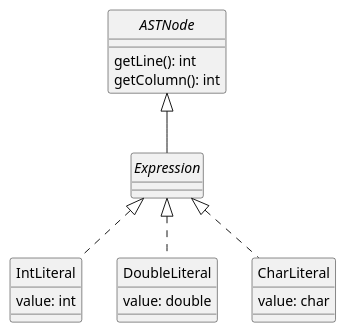
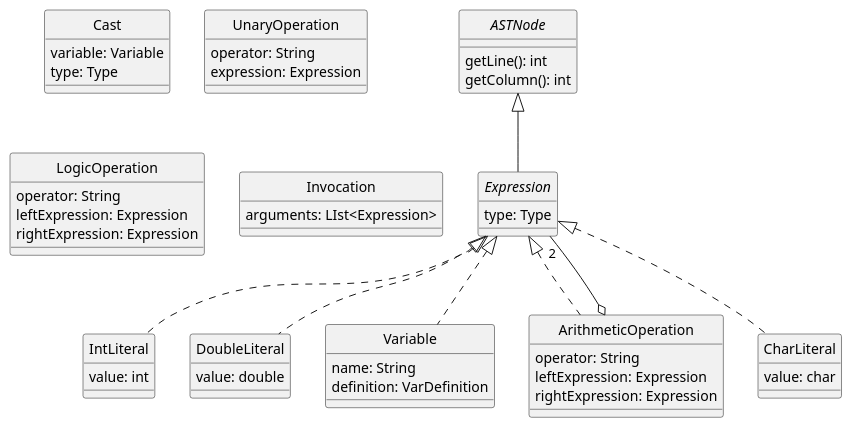
The diagram in docs/diagrams/expressions.plantuml (DavidGonzalezFernandez/dlp-compiler), drawn with PlantUML before and after one commit. The commit also changed 3 other files, not shown here.

```diff
--- a/docs/diagrams/expressions.plantuml
+++ b/docs/diagrams/expressions.plantuml
@@ -1,30 +1,67 @@
 @startuml Expressions
 skinparam style strictuml
 skinparam monochrome true
 
 
 interface ASTNode {
     getLine(): int
     getColumn(): int
 }
 
-interface Expression
+interface Expression {
+    type: Type
+}
 
 class IntLiteral {
     value: int
 }
 
 class DoubleLiteral {
     value: double
 }
 
+class Variable {
+    name: String
+    definition: VarDefinition
+}
+
+class ArithmeticOperation {
+    operator: String
+    leftExpression: Expression
+    rightExpression: Expression
+}
+
 class CharLiteral {
     value: char
+}
+
+class Cast {
+    variable: Variable
+    type: Type
+}
+
+class UnaryOperation {
+    operator: String
+    expression: Expression
+}
+
+class LogicOperation {
+    operator: String
+    leftExpression: Expression
+    rightExpression: Expression
+}
+
+class Invocation {
+    arguments: LIst<Expression>
 }
 
 ASTNode <|-- Expression
 Expression <|.. IntLiteral
 Expression <|.. DoubleLiteral
 Expression <|.. CharLiteral
+Expression <|.. Variable
+Expression <|.. ArithmeticOperation
+ArithmeticOperation o-- "2" Expression
+
 
 @enduml
```
